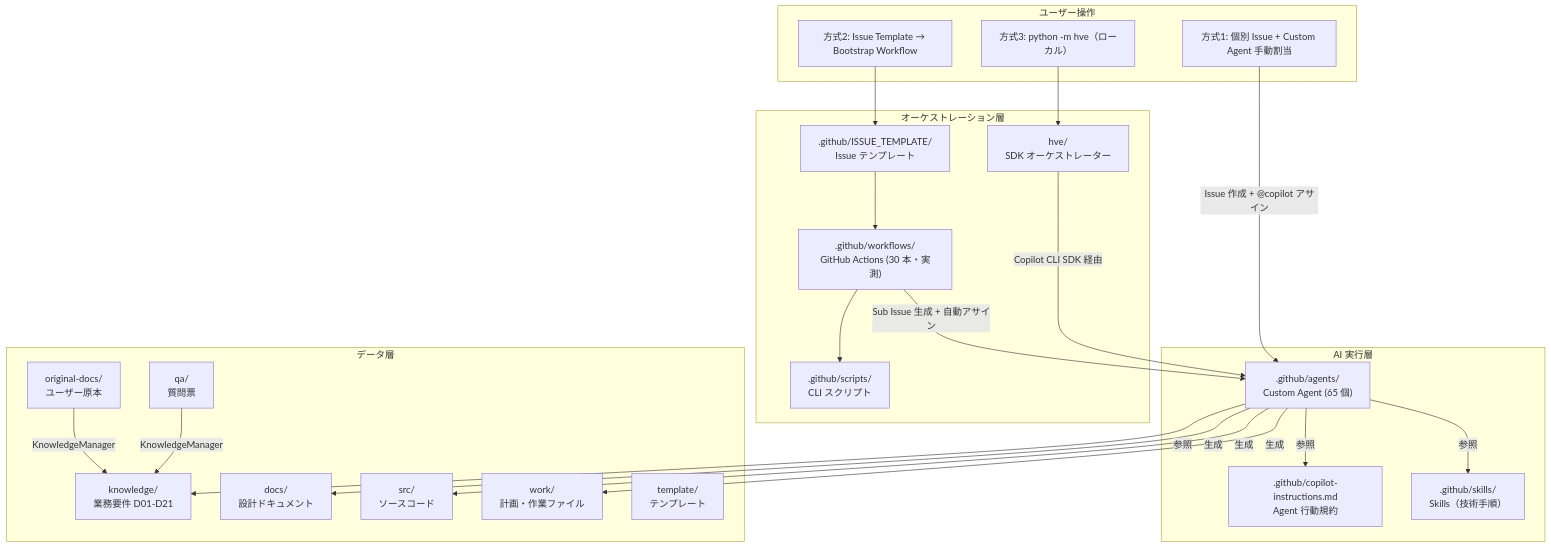
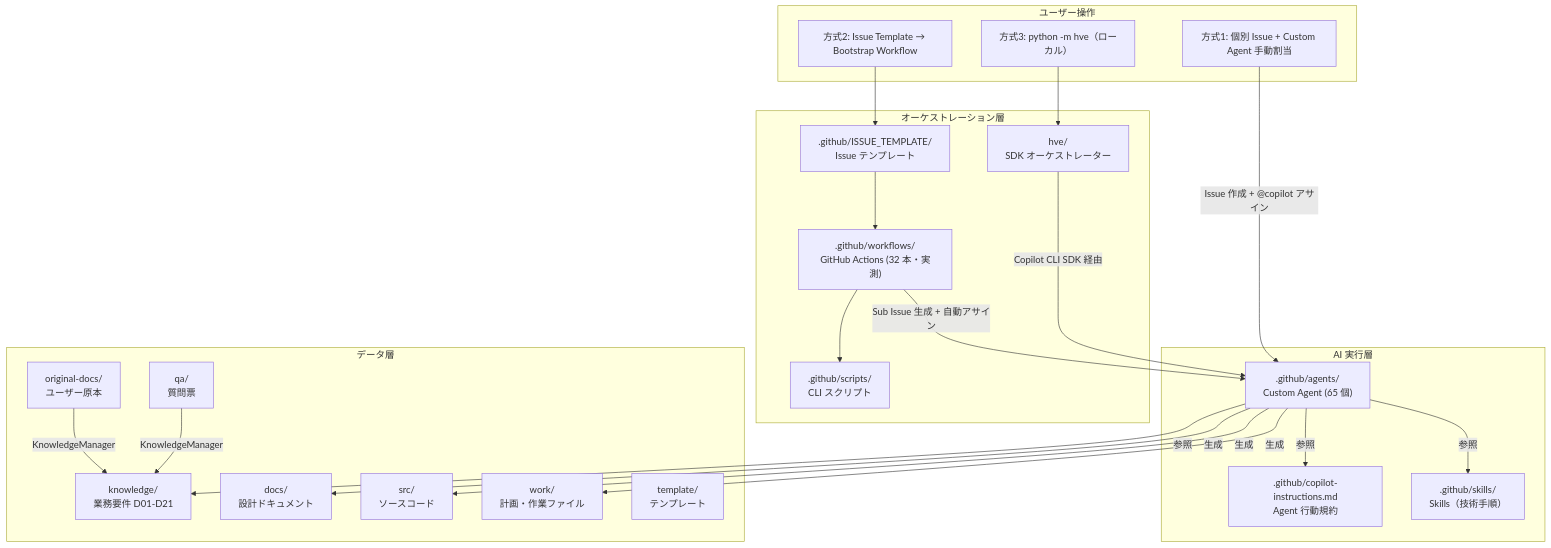
Before and after one commit to dahatake/HypervelocityEngineering: the second of 4 diagrams in users-guide/overview.md, drawn with Mermaid. The commit also changed other lines of this file and 97 other files, not shown here.

````diff
--- a/users-guide/overview.md
+++ b/users-guide/overview.md
@@ -62,46 +144,46 @@
 ```mermaid
 graph TB
     subgraph "ユーザー操作"
         U1["方式1: 個別 Issue + Custom Agent 手動割当"]
         U2["方式2: Issue Template → Bootstrap Workflow"]
         U3["方式3: python -m hve（ローカル）"]
     end
 
     subgraph "オーケストレーション層"
         IT[".github/ISSUE_TEMPLATE/<br>Issue テンプレート"]
-        GHA[".github/workflows/<br>GitHub Actions (30 本・実測)"]
+        GHA[".github/workflows/<br>GitHub Actions (32 本・実測)"]
         SCR[".github/scripts/<br>CLI スクリプト"]
         HVE["hve/<br>SDK オーケストレーター"]
     end
 
     subgraph "AI 実行層"
         CI[".github/copilot-instructions.md<br>Agent 行動規約"]
         CA[".github/agents/<br>Custom Agent (65 個)"]
         SK[".github/skills/<br>Skills（技術手順）"]
     end
 
     subgraph "データ層"
         OD["original-docs/<br>ユーザー原本"]
         QA["qa/<br>質問票"]
         KN["knowledge/<br>業務要件 D01-D21"]
         DOCS["docs/<br>設計ドキュメント"]
         SRC["src/<br>ソースコード"]
         WK["work/<br>計画・作業ファイル"]
         TM["template/<br>テンプレート"]
     end
 
     U1 -->|"Issue 作成 + @copilot アサイン"| CA
     U2 --> IT --> GHA -->|"Sub Issue 生成 + 自動アサイン"| CA
     U3 --> HVE -->|"Copilot CLI SDK 経由"| CA
 
     CA -->|"参照"| CI
     CA -->|"参照"| SK
     CA -->|"参照"| KN
     CA -->|"生成"| DOCS
     CA -->|"生成"| SRC
     CA -->|"生成"| WK
     GHA --> SCR
 
     OD -->|"KnowledgeManager"| KN
     QA -->|"KnowledgeManager"| KN
 ```
````
